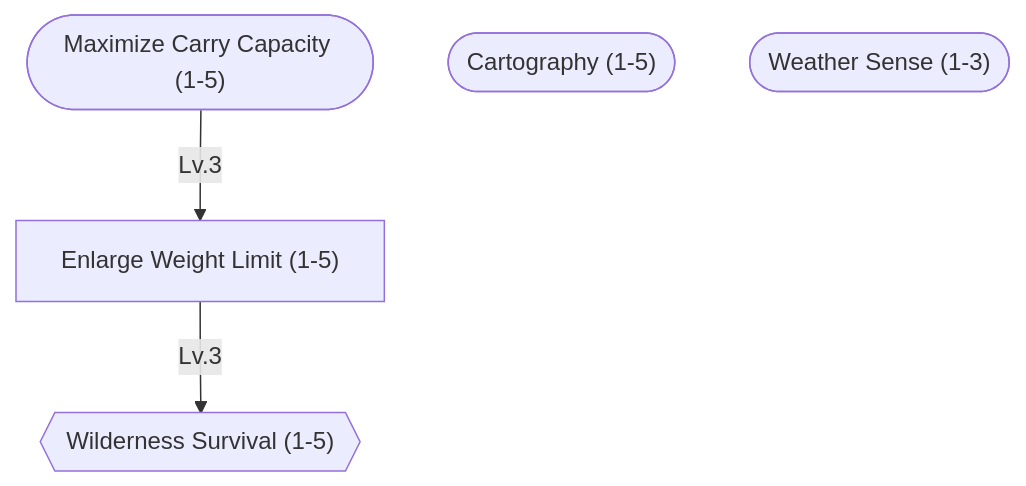
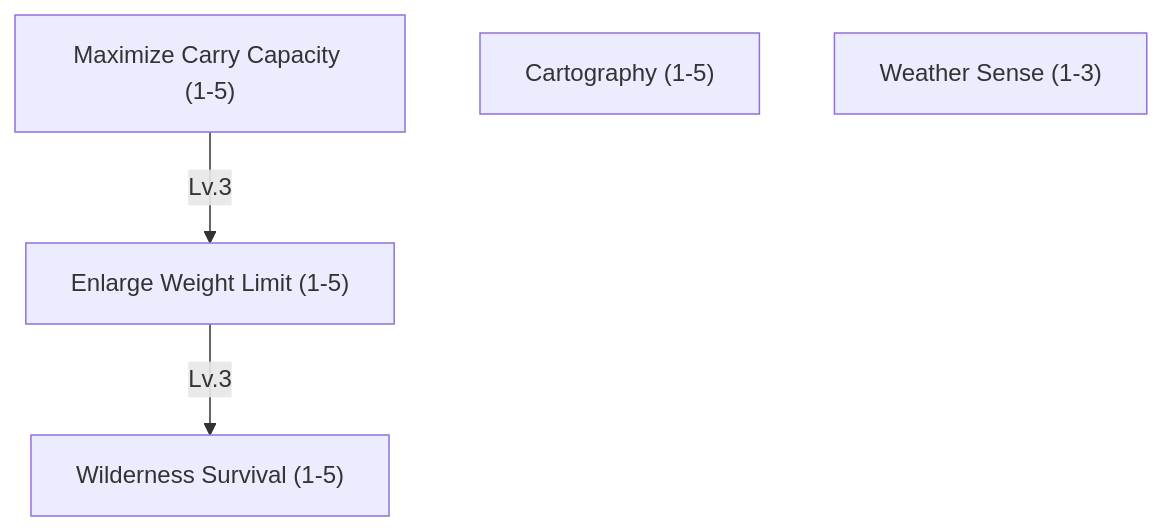
The eighth of 11 diagrams in content/docs/mechanics/master.md (tfelix/bestia-docs), drawn with Mermaid before and after one commit. The commit also changed other lines of this file and 12 other files, not shown here.

````diff
--- a/content/docs/mechanics/master.md
+++ b/content/docs/mechanics/master.md
@@ -392,11 +411,11 @@
 ```mermaid
 graph TD
-    MaximizeCarryCapacity(["Maximize Carry Capacity (1-5)"])
+    MaximizeCarryCapacity["Maximize Carry Capacity (1-5)"]
     EnlargeWeightLimit["Enlarge Weight Limit (1-5)"]
-    Cartography(["Cartography (1-5)"])
-    WildernessSurvival{{"Wilderness Survival (1-5)"}}
-    WeatherSense(["Weather Sense (1-3)"])
+    Cartography["Cartography (1-5)"]
+    WildernessSurvival["Wilderness Survival (1-5)"]
+    WeatherSense["Weather Sense (1-3)"]
 
     MaximizeCarryCapacity -->|Lv.3| EnlargeWeightLimit
     EnlargeWeightLimit -->|Lv.3| WildernessSurvival
 ```
````
